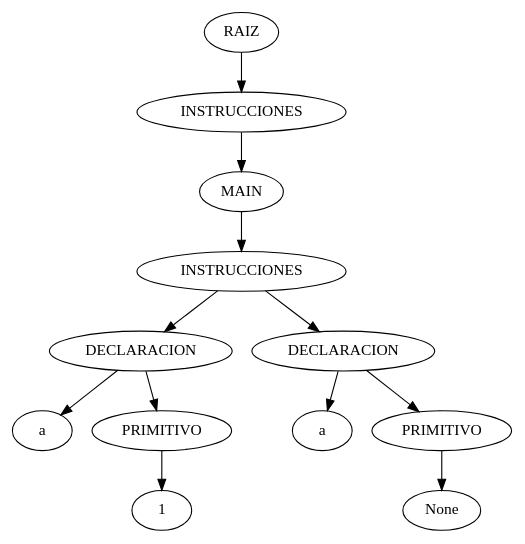
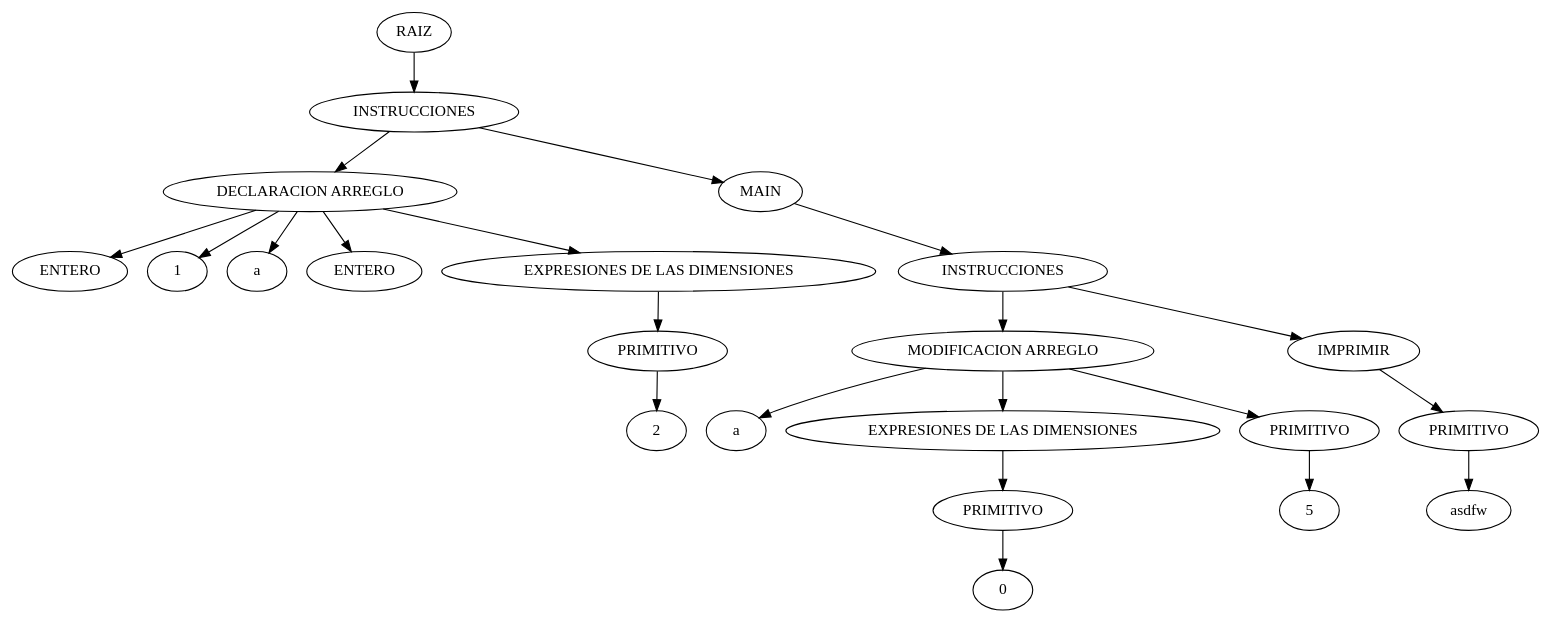
One commit to diemorales96/OLC1_Proyecto_201503958 changed the diagram in OLC1_201503958_Proyecto1/ast.dot. Above: the diagram before and after it, drawn with Graphviz. The commit also changed 8 other files, not shown here.

```diff
--- a/OLC1_201503958_Proyecto1/ast.dot
+++ b/OLC1_201503958_Proyecto1/ast.dot
@@ -1,25 +1,45 @@
 digraph {
 n0[label="RAIZ"];
 n1[label="INSTRUCCIONES"];
 n0->n1;
-n2[label="MAIN"];
+n2[label="DECLARACION ARREGLO"];
 n1->n2;
-n3[label="INSTRUCCIONES"];
+n3[label="ENTERO"];
 n2->n3;
-n4[label="DECLARACION"];
-n3->n4;
+n4[label="1"];
+n2->n4;
 n5[label="a"];
-n4->n5;
-n6[label="PRIMITIVO"];
-n4->n6;
-n7[label="1"];
-n6->n7;
-n8[label="DECLARACION"];
-n3->n8;
-n9[label="a"];
+n2->n5;
+n6[label="ENTERO"];
+n2->n6;
+n7[label="EXPRESIONES DE LAS DIMENSIONES"];
+n2->n7;
+n8[label="PRIMITIVO"];
+n7->n8;
+n9[label="2"];
 n8->n9;
-n10[label="PRIMITIVO"];
-n8->n10;
-n11[label="None"];
+n10[label="MAIN"];
+n1->n10;
+n11[label="INSTRUCCIONES"];
 n10->n11;
+n12[label="MODIFICACION ARREGLO"];
+n11->n12;
+n13[label="a"];
+n12->n13;
+n14[label="EXPRESIONES DE LAS DIMENSIONES"];
+n12->n14;
+n15[label="PRIMITIVO"];
+n14->n15;
+n16[label="0"];
+n15->n16;
+n17[label="PRIMITIVO"];
+n12->n17;
+n18[label="5"];
+n17->n18;
+n19[label="IMPRIMIR"];
+n11->n19;
+n20[label="PRIMITIVO"];
+n19->n20;
+n21[label="asdfw"];
+n20->n21;
 }
```
